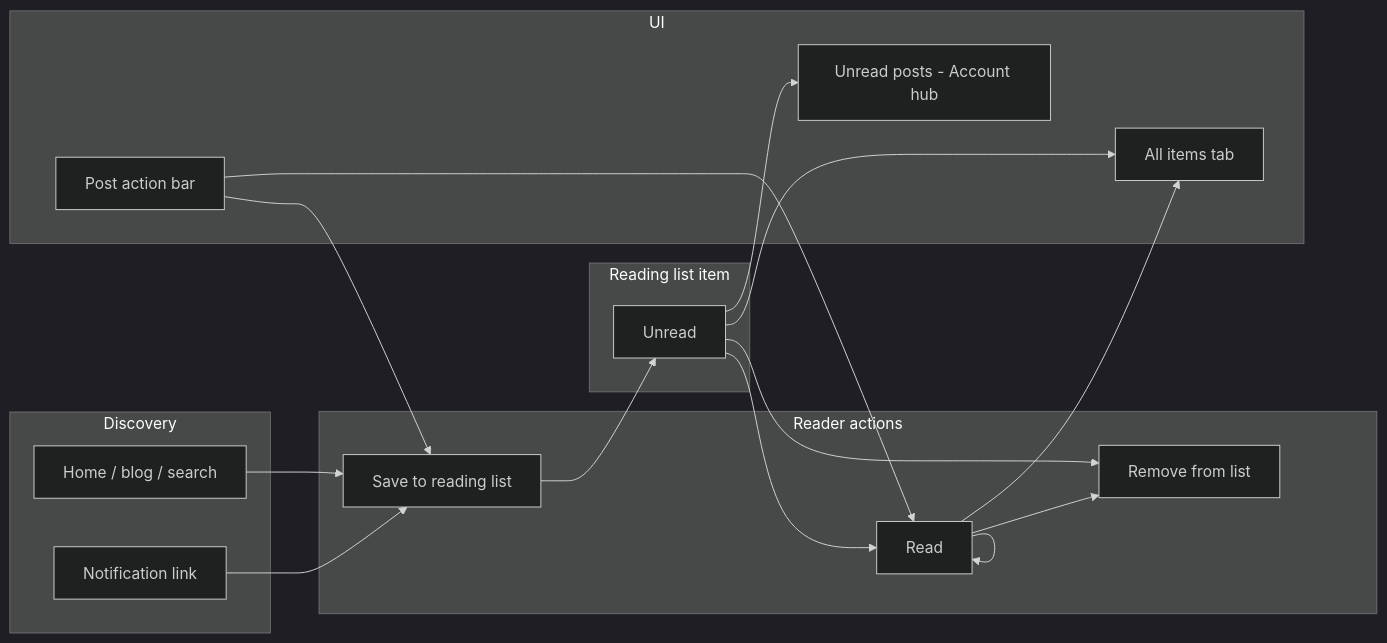
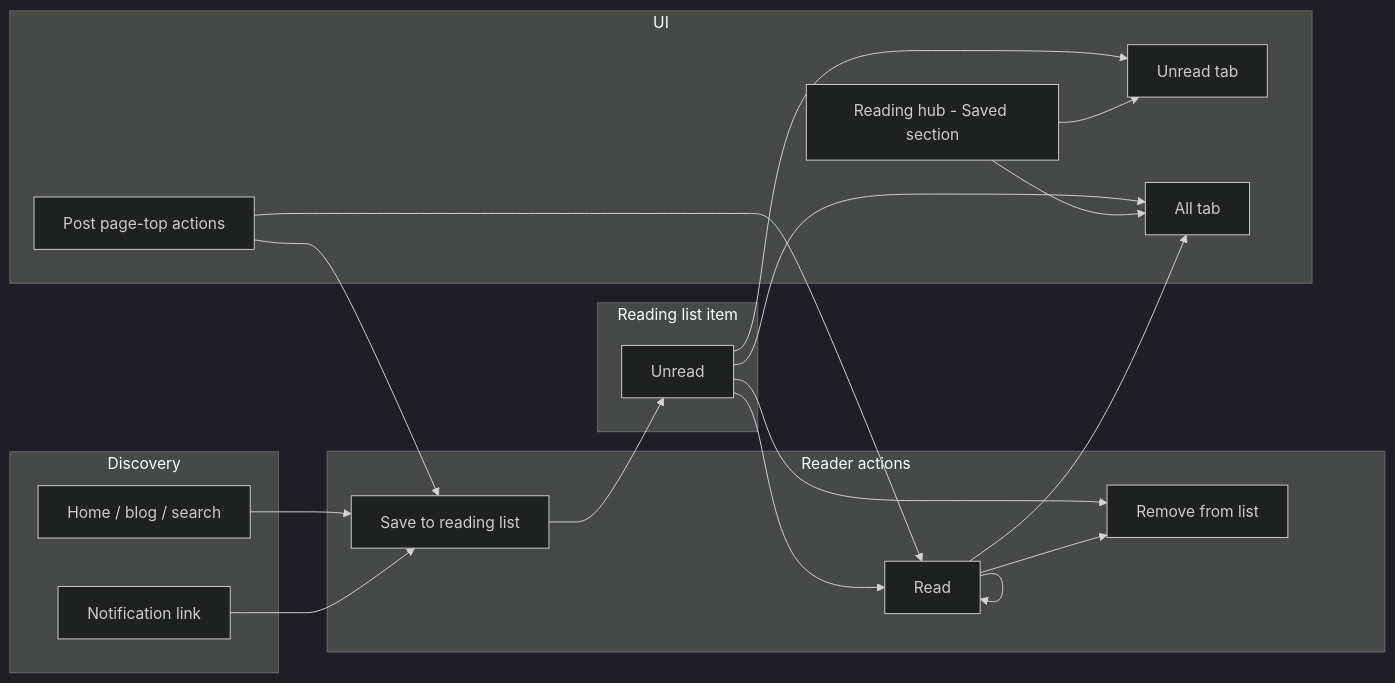
The first of 3 diagrams in docs/prd/reading-list.md (vepo/contraponto), drawn with Mermaid (dark theme) before and after one commit. The commit also changed other lines of this file, not shown here.

````diff
--- a/docs/prd/reading-list.md
+++ b/docs/prd/reading-list.md
@@ -54,37 +65,40 @@
 ```mermaid
 flowchart LR
     subgraph discover [Discovery]
         Home[Home / blog / search]
         Notif[Notification link]
     end
 
     subgraph actions [Reader actions]
         Save[Save to reading list]
         Read[Mark as read]
         Remove[Remove from list]
     end
 
     subgraph states [Reading list item]
         Unread[Unread]
         Read[Read]
     end
 
     subgraph surfaces [UI]
-        Post[Post action bar]
-        UnreadPage[Unread posts - Account hub]
-        AllPage[All items tab]
+        Post[Post page-top actions]
+        SavedHub[Reading hub - Saved section]
+        UnreadTab[Unread tab]
+        AllTab[All tab]
     end
 
     Home --> Save
     Notif --> Save
     Save --> Unread
     Unread --> Read
     Read --> Read
     Unread --> Remove
     Read --> Remove
-    Unread --> UnreadPage
-    Unread --> AllPage
-    Read --> AllPage
+    Unread --> UnreadTab
+    Unread --> AllTab
+    Read --> AllTab
     Post --> Save
     Post --> Read
+    SavedHub --> UnreadTab
+    SavedHub --> AllTab
 ```
````
